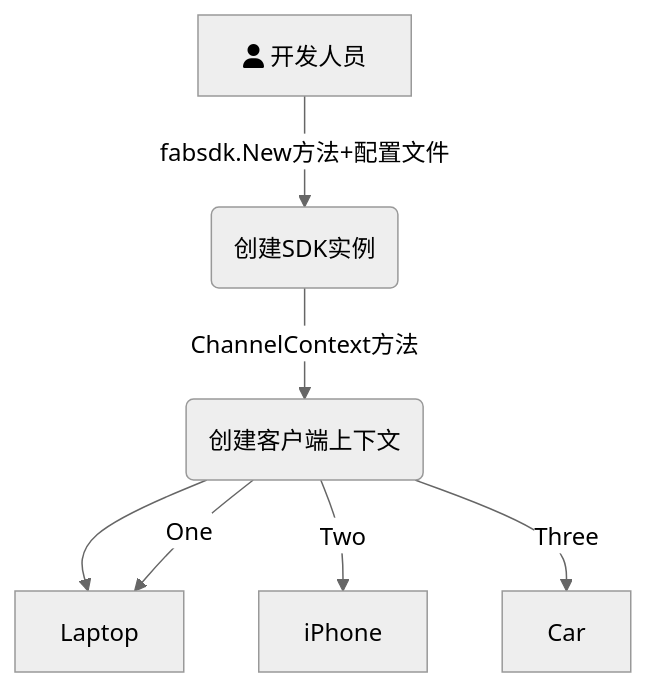
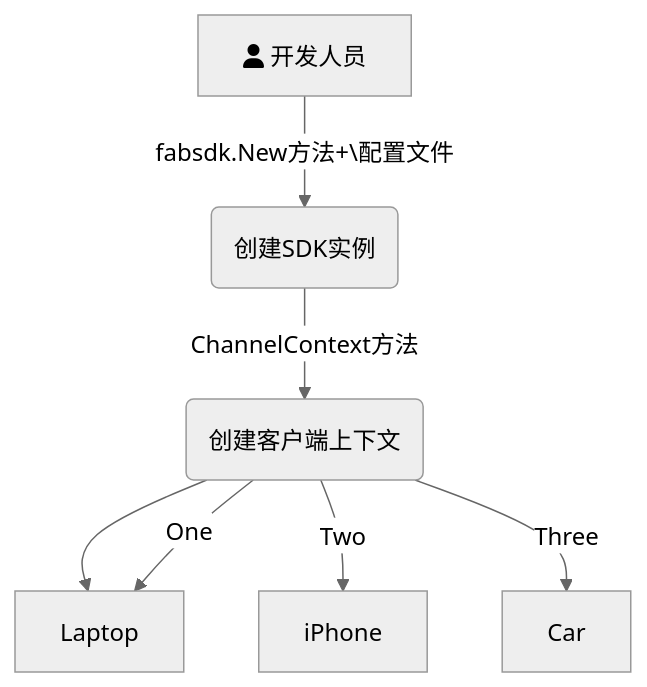
One commit to Utekichan/iodraw-files changed the diagram in all/未命名.md. Above: the diagram before and after it, drawn with Mermaid (neutral theme).

Commit message:
2024-03-30 22:11:17 update

````diff
--- a/all/未命名.md
+++ b/all/未命名.md
@@ -1,10 +1,10 @@
 ```mermaid
 graph TD
-    A[fa:fa-user 开发人员] -->|fabsdk.New方法+配置文件| B(创建SDK实例)
+    A[fa:fa-user 开发人员] -->|fabsdk.New方法+\配置文件| B(创建SDK实例)
     B-->|ChannelContext方法| C(创建客户端上下文)
     C --> D{Select}
     C -->|One| D[Laptop]
     C -->|Two| E[iPhone]
     C -->|Three| F[Car]
   
 ```
````
